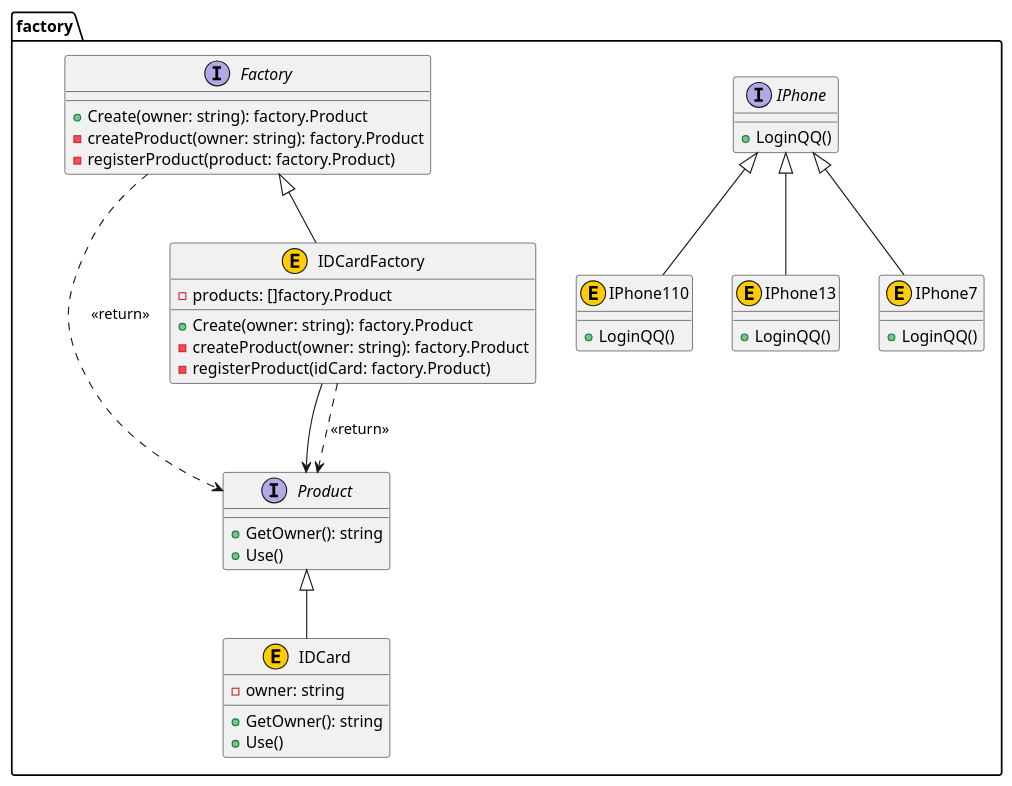
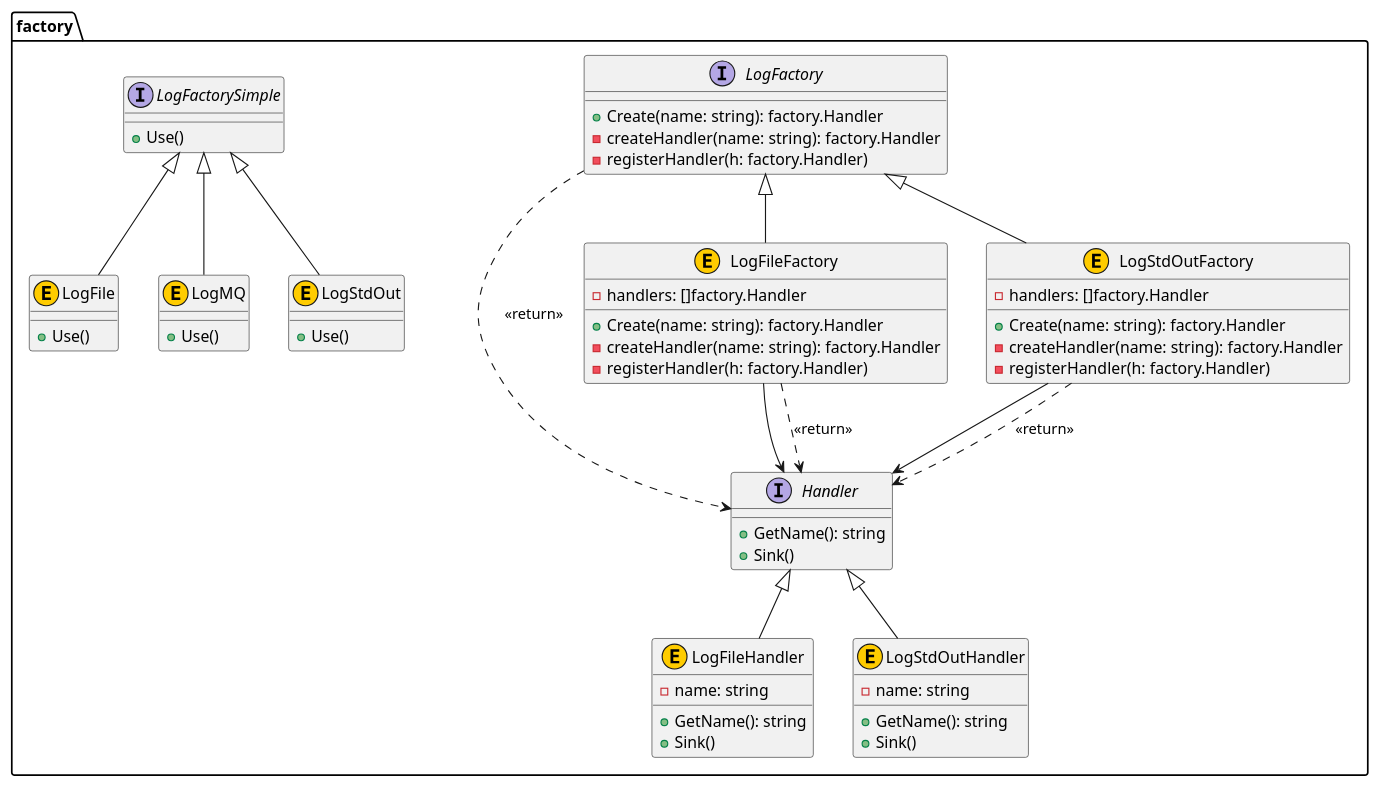
The diagram in Factory/factory.puml (VTeam/vDesignPatternsGo), drawn with PlantUML before and after one commit. The commit also changed 2 other files, not shown here.

Commit message:
[WIP] add abstract factory desing pattern

```diff
--- a/Factory/factory.puml
+++ b/Factory/factory.puml
@@ -1,85 +1,110 @@
 @startuml
 
 package "factory" {
-	interface "Factory" as factory.Factory {
-		+Create(owner: string): factory.Product
-		-createProduct(owner: string): factory.Product
-		-registerProduct(product: factory.Product)
+	interface "Handler" as factory.Handler {
+		+GetName(): string
+		+Sink()
 	}
 }
 
 
-	factory.Factory ..> factory.Product : <<return>> 
 
 package "factory" {
-	class "IDCard" as factory.IDCard <<E,#FFCC00>> {
-		-owner: string
-		+GetOwner(): string
+	interface "LogFactory" as factory.LogFactory {
+		+Create(name: string): factory.Handler
+		-createHandler(name: string): factory.Handler
+		-registerHandler(h: factory.Handler)
+	}
+}
+
+
+	factory.LogFactory ..> factory.Handler : <<return>> 
+
+package "factory" {
+	interface "LogFactorySimple" as factory.LogFactorySimple {
 		+Use()
 	}
 }
 
 
 
 package "factory" {
-	class "IDCardFactory" as factory.IDCardFactory <<E,#FFCC00>> {
-		-products: []factory.Product
-		+Create(owner: string): factory.Product
-		-createProduct(owner: string): factory.Product
-		-registerProduct(idCard: factory.Product)
-	}
-}
-
-	factory.IDCardFactory --> factory.Product
-
-	factory.IDCardFactory ..> factory.Product : <<return>> 
-
-package "factory" {
-	interface "IPhone" as factory.IPhone {
-		+LoginQQ()
+	class "LogFile" as factory.LogFile <<E,#FFCC00>> {
+		+Use()
 	}
 }
 
 
 
 package "factory" {
-	class "IPhone110" as factory.IPhone110 <<E,#FFCC00>> {
-		+LoginQQ()
+	class "LogFileFactory" as factory.LogFileFactory <<E,#FFCC00>> {
+		-handlers: []factory.Handler
+		+Create(name: string): factory.Handler
+		-createHandler(name: string): factory.Handler
+		-registerHandler(h: factory.Handler)
+	}
+}
+
+	factory.LogFileFactory --> factory.Handler
+
+	factory.LogFileFactory ..> factory.Handler : <<return>> 
+
+package "factory" {
+	class "LogFileHandler" as factory.LogFileHandler <<E,#FFCC00>> {
+		-name: string
+		+GetName(): string
+		+Sink()
 	}
 }
 
 
 
 package "factory" {
-	class "IPhone13" as factory.IPhone13 <<E,#FFCC00>> {
-		+LoginQQ()
+	class "LogMQ" as factory.LogMQ <<E,#FFCC00>> {
+		+Use()
 	}
 }
 
 
 
 package "factory" {
-	class "IPhone7" as factory.IPhone7 <<E,#FFCC00>> {
-		+LoginQQ()
+	class "LogStdOut" as factory.LogStdOut <<E,#FFCC00>> {
+		+Use()
 	}
 }
 
 
 
 package "factory" {
-	interface "Product" as factory.Product {
-		+GetOwner(): string
-		+Use()
+	class "LogStdOutFactory" as factory.LogStdOutFactory <<E,#FFCC00>> {
+		-handlers: []factory.Handler
+		+Create(name: string): factory.Handler
+		-createHandler(name: string): factory.Handler
+		-registerHandler(h: factory.Handler)
+	}
+}
+
+	factory.LogStdOutFactory --> factory.Handler
+
+	factory.LogStdOutFactory ..> factory.Handler : <<return>> 
+
+package "factory" {
+	class "LogStdOutHandler" as factory.LogStdOutHandler <<E,#FFCC00>> {
+		-name: string
+		+GetName(): string
+		+Sink()
 	}
 }
 
 
 
-	factory.IDCard -up-|> factory.Product
-	factory.IDCardFactory -up-|> factory.Factory
-	factory.IPhone110 -up-|> factory.IPhone
-	factory.IPhone13 -up-|> factory.IPhone
-	factory.IPhone7 -up-|> factory.IPhone
+	factory.LogFile -up-|> factory.LogFactorySimple
+	factory.LogFileFactory -up-|> factory.LogFactory
+	factory.LogFileHandler -up-|> factory.Handler
+	factory.LogMQ -up-|> factory.LogFactorySimple
+	factory.LogStdOut -up-|> factory.LogFactorySimple
+	factory.LogStdOutFactory -up-|> factory.LogFactory
+	factory.LogStdOutHandler -up-|> factory.Handler
 
 
 @enduml
```
